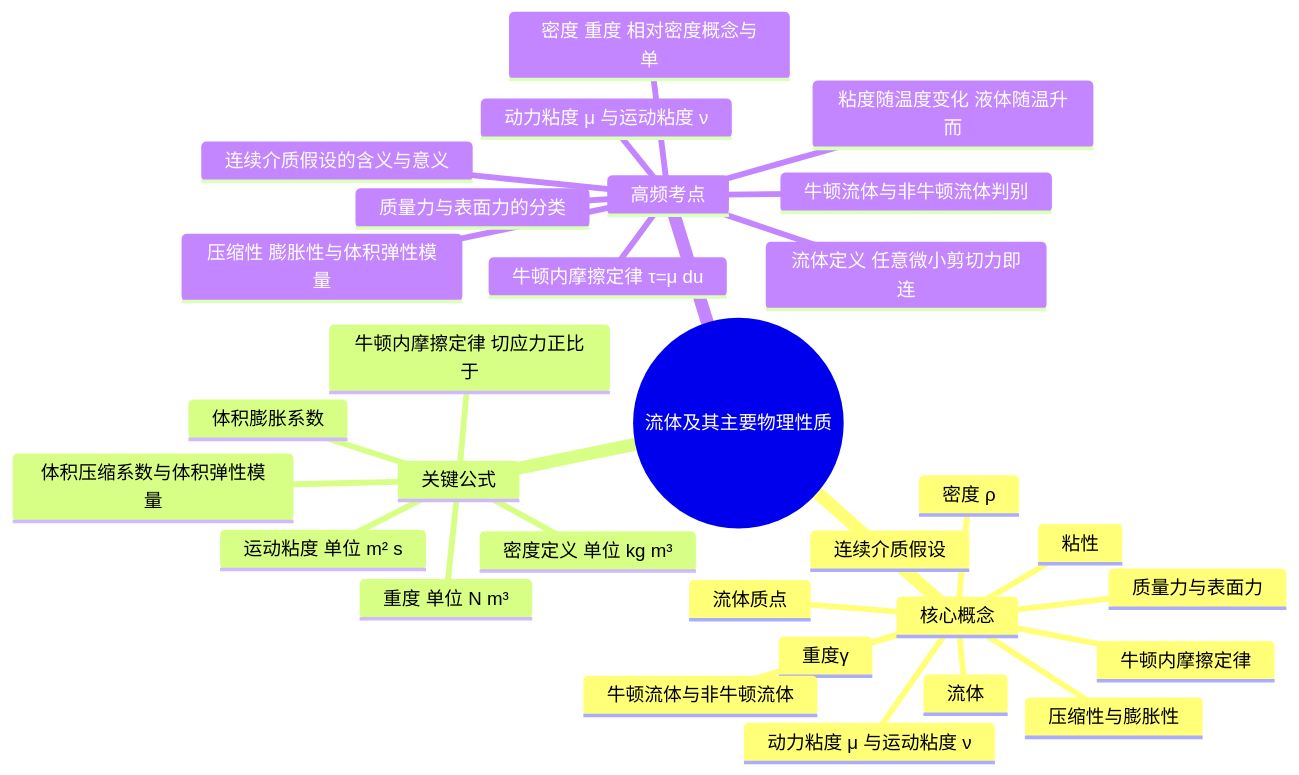
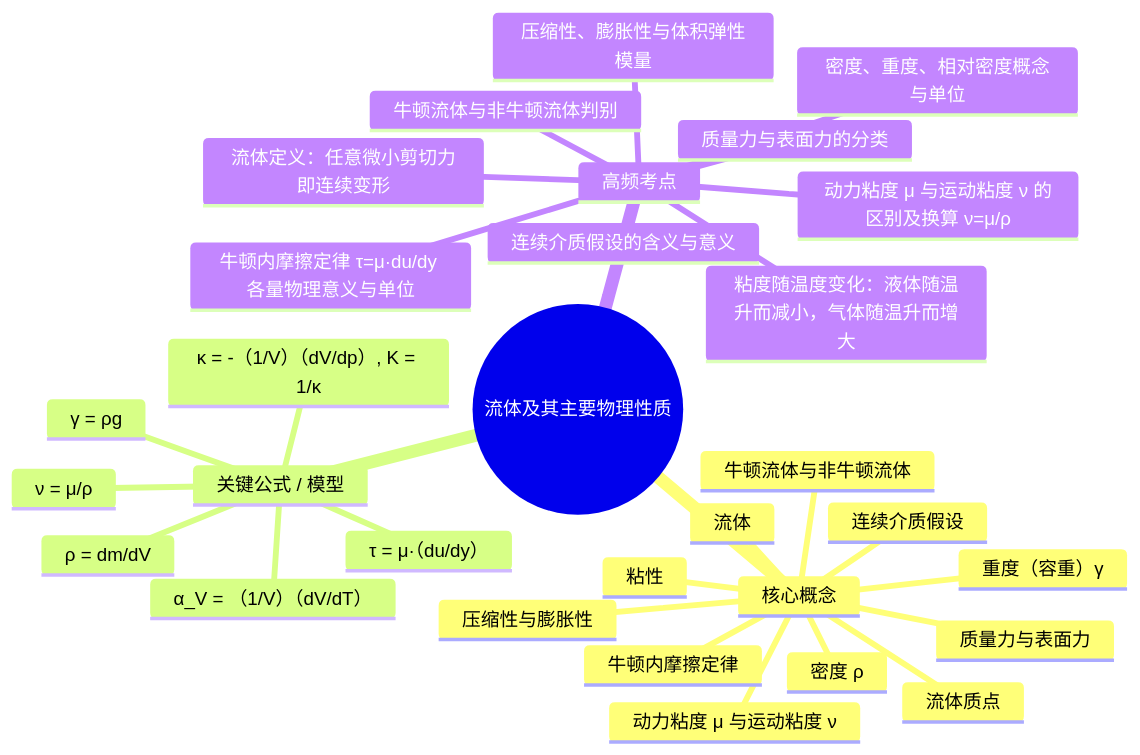
One commit to dao-genesis/xuexi-fuxi changed the diagram in 流体力学/02_解析成果/_素材/_第01章_流体及其主要物理性质.md. Above: the diagram before and after it, drawn with Mermaid. The commit also changed other lines of this file and 47 other files, not shown here.

````diff
--- a/流体力学/02_解析成果/_素材/_第01章_流体及其主要物理性质.md
+++ b/流体力学/02_解析成果/_素材/_第01章_流体及其主要物理性质.md
@@ -1094,33 +1094,33 @@
 ```mermaid
 mindmap
   root((流体及其主要物理性质))
     核心概念
       流体
       连续介质假设
       流体质点
       密度 ρ
-      重度γ
+      重度（容重）γ
       粘性
       牛顿内摩擦定律
       动力粘度 μ 与运动粘度 ν
       牛顿流体与非牛顿流体
       压缩性与膨胀性
       质量力与表面力
-    关键公式
-      密度定义 单位 kg m³
-      重度 单位 N m³
-      牛顿内摩擦定律 切应力正比于
-      运动粘度 单位 m² s
-      体积压缩系数与体积弹性模量
-      体积膨胀系数
+    关键公式 / 模型
+      ρ = dm/dV
+      γ = ρg
+      τ = μ·（du/dy）
+      ν = μ/ρ
+      κ = -（1/V）（dV/dp）, K = 1/κ
+      α_V = （1/V）（dV/dT）
     高频考点
-      流体定义 任意微小剪切力即连
+      流体定义：任意微小剪切力即连续变形
       连续介质假设的含义与意义
-      牛顿内摩擦定律 τ=μ du
-      动力粘度 μ 与运动粘度 ν
-      粘度随温度变化 液体随温升而
+      牛顿内摩擦定律 τ=μ·du/dy 各量物理意义与单位
+      动力粘度 μ 与运动粘度 ν 的区别及换算 ν=μ/ρ
+      粘度随温度变化：液体随温升而减小，气体随温升而增大
       牛顿流体与非牛顿流体判别
-      密度 重度 相对密度概念与单
-      压缩性 膨胀性与体积弹性模量
+      密度、重度、相对密度概念与单位
+      压缩性、膨胀性与体积弹性模量
       质量力与表面力的分类
 ```
````
